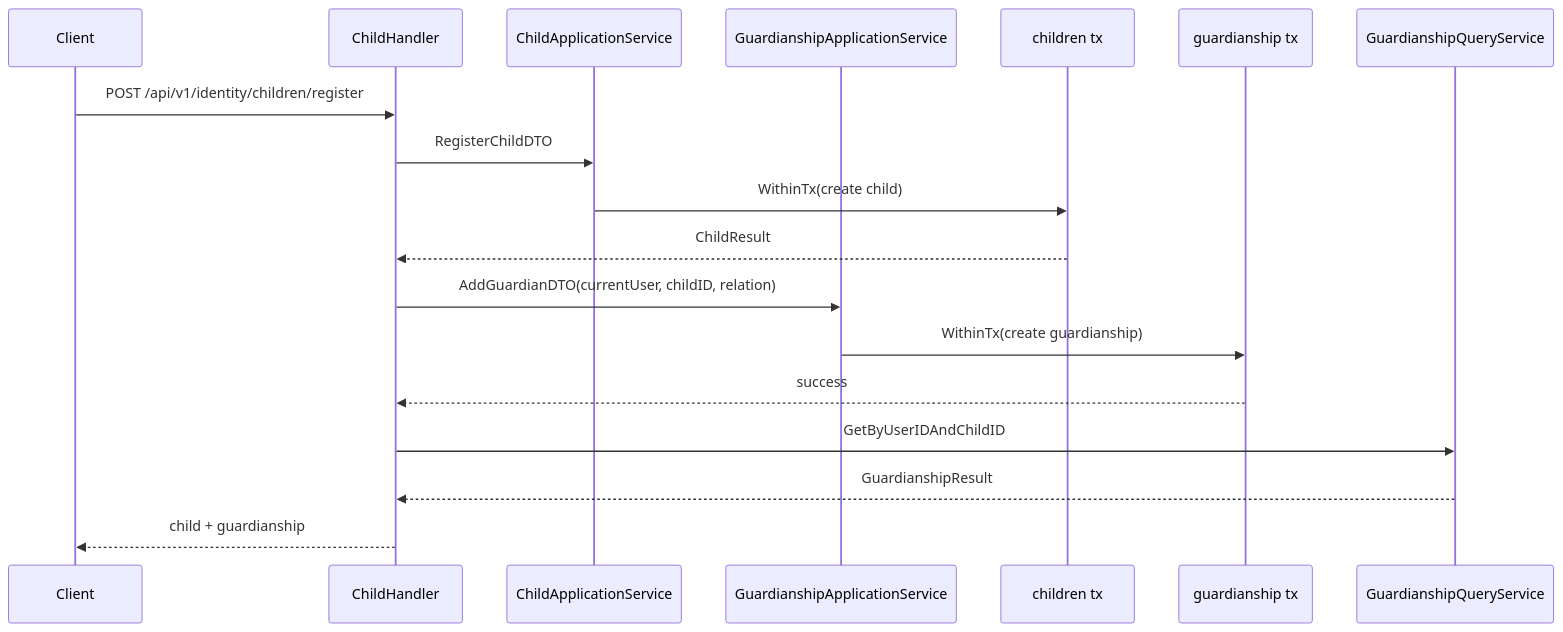
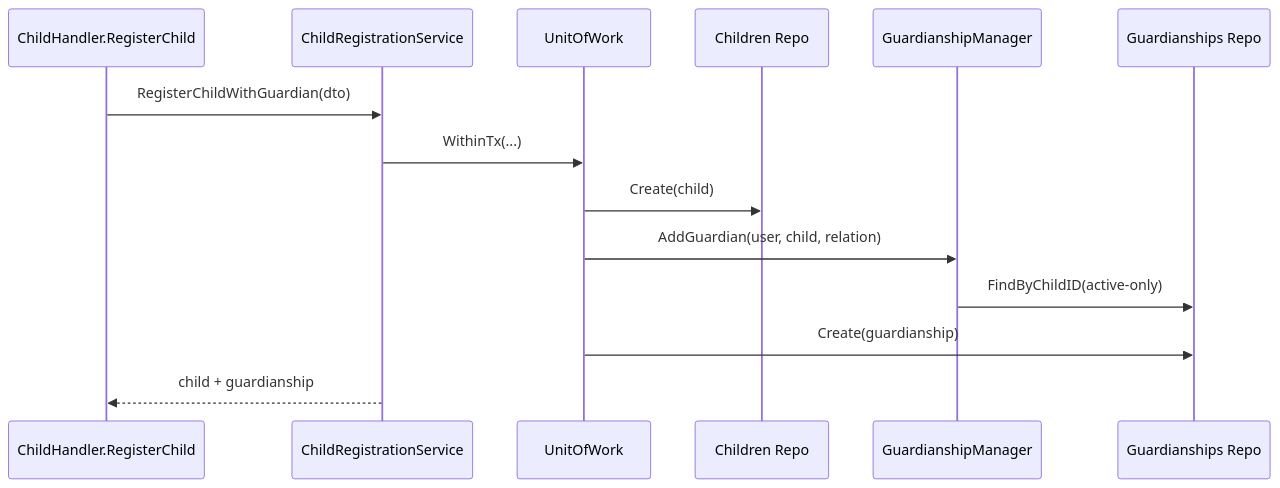
One commit to FangcunMount/iam-contracts changed the second of 2 diagrams in docs/05-专题分析/04-监护关系链路--用户&儿童&Guardianship 的协作.md. Above: the diagram before and after it, drawn with Mermaid. The commit also changed other lines of this file and 50 other files, not shown here.

Commit message:
pref 用户域重构： - children/register 不再可能留下孤儿 child 记录。 - 对外暴露的 proto、SDK、ACL、README、docs 与真实注册/实现完全一致。 - 缓存治理被明确固定为“只读观测面”，不再暗示控制面能力。

````diff
--- a/docs/05-专题分析/04-监护关系链路--用户&儿童&Guardianship 的协作.md
+++ b/docs/05-专题分析/04-监护关系链路--用户&儿童&Guardianship 的协作.md
@@ -112,21 +37,17 @@
 ```mermaid
 sequenceDiagram
-    participant Client as Client
-    participant REST as ChildHandler
-    participant ChildApp as ChildApplicationService
-    participant GuardApp as GuardianshipApplicationService
-    participant ChildTx as children tx
-    participant GuardTx as guardianship tx
-    participant Query as GuardianshipQueryService
+    participant REST as ChildHandler.RegisterChild
+    participant UC as ChildRegistrationService
+    participant UOW as UnitOfWork
+    participant ChildRepo as Children Repo
+    participant GuardMgr as GuardianshipManager
+    participant GuardRepo as Guardianships Repo
 
-    Client->>REST: POST /api/v1/identity/children/register
-    REST->>ChildApp: RegisterChildDTO
-    ChildApp->>ChildTx: WithinTx(create child)
-    ChildTx-->>REST: ChildResult
-    REST->>GuardApp: AddGuardianDTO(currentUser, childID, relation)
-    GuardApp->>GuardTx: WithinTx(create guardianship)
-    GuardTx-->>REST: success
-    REST->>Query: GetByUserIDAndChildID
-    Query-->>REST: GuardianshipResult
-    REST-->>Client: child + guardianship
+    REST->>UC: RegisterChildWithGuardian(dto)
+    UC->>UOW: WithinTx(...)
+    UOW->>ChildRepo: Create(child)
+    UOW->>GuardMgr: AddGuardian(user, child, relation)
+    GuardMgr->>GuardRepo: FindByChildID(active-only)
+    UOW->>GuardRepo: Create(guardianship)
+    UC-->>REST: child + guardianship
 ```
````
